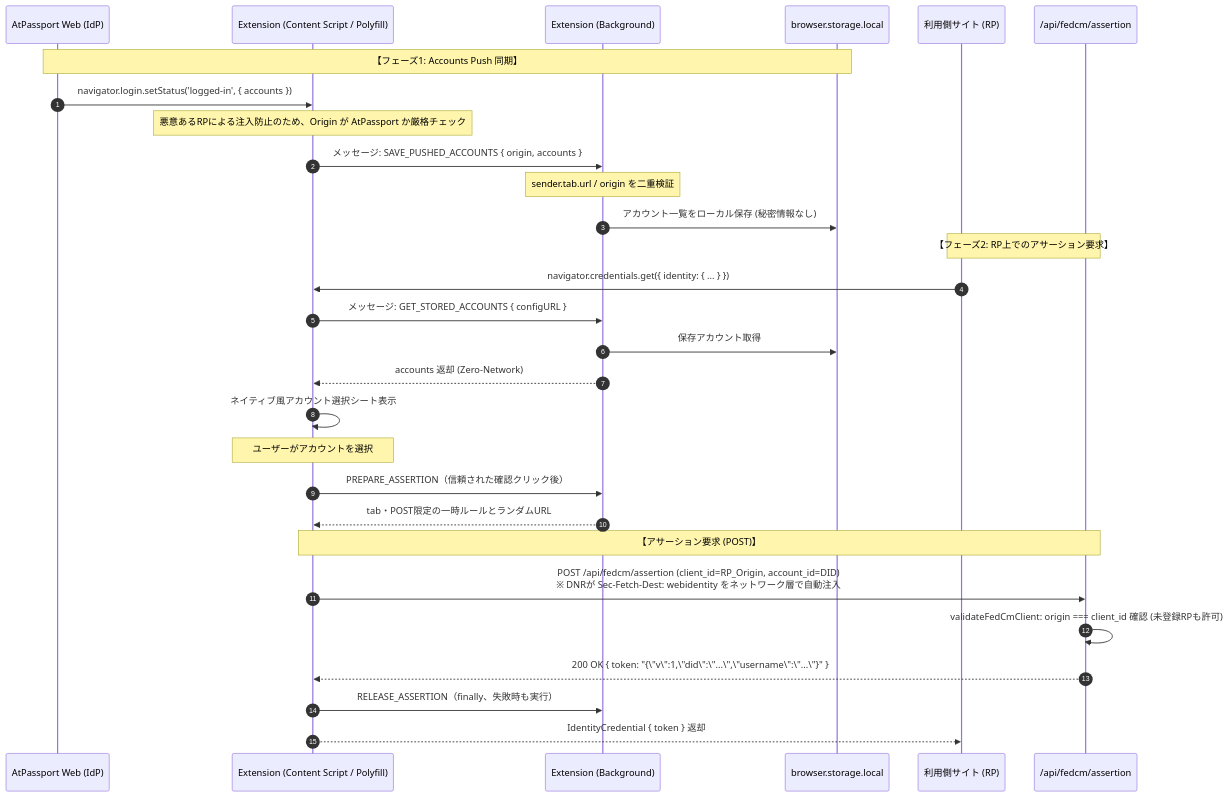
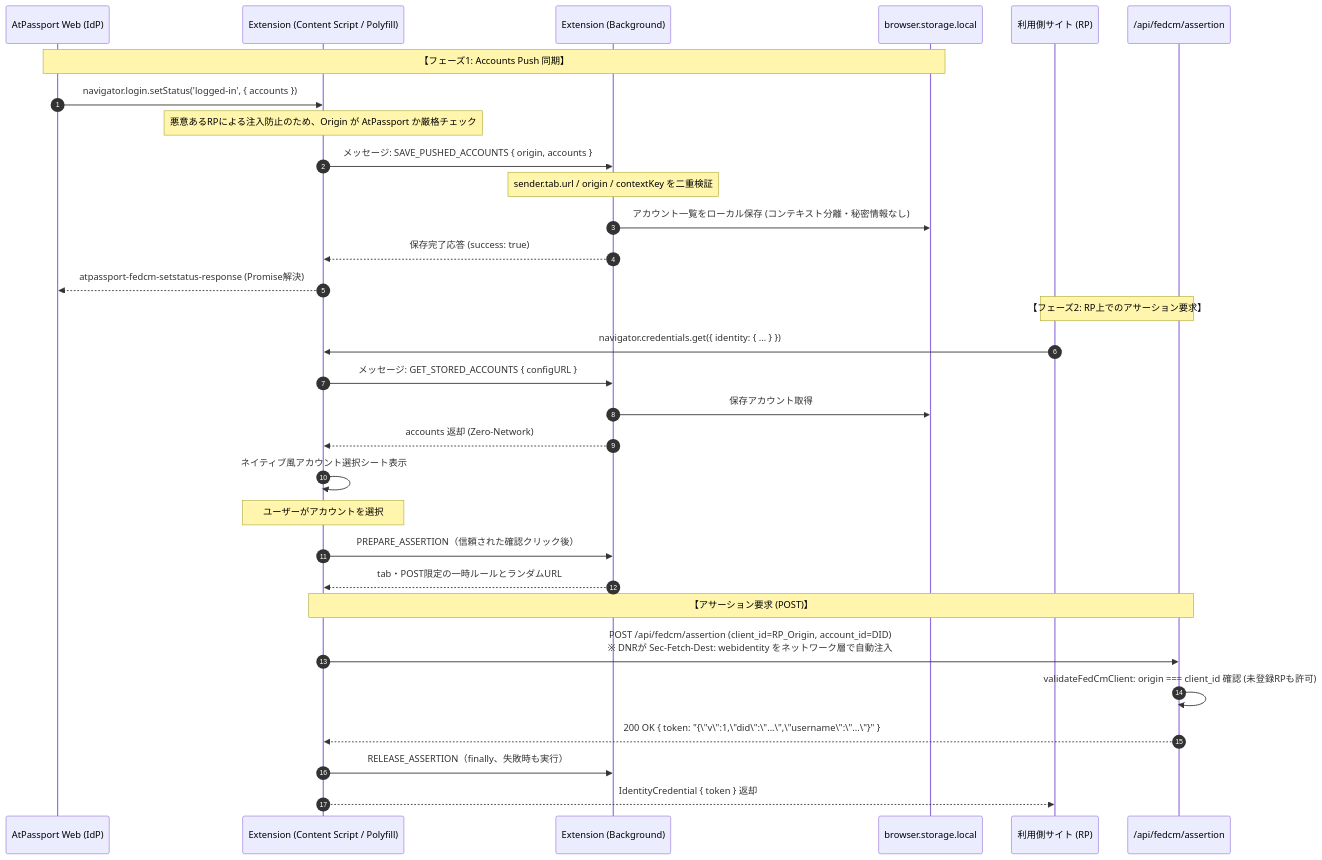
The diagram in feat/idp-registration/DESIGN_step2-extension-storage-assertion.md (usounds/atpassport), drawn with Mermaid before and after one commit. The commit also changed other lines of this file, not shown here.

Commit message:
docs(fedcm): update Step 2 design doc with ACK sequence and completion status

````diff
--- a/feat/idp-registration/DESIGN_step2-extension-storage-assertion.md
+++ b/feat/idp-registration/DESIGN_step2-extension-storage-assertion.md
@@ -18,35 +18,37 @@
 ```mermaid
 sequenceDiagram
     autonumber
     participant Web as AtPassport Web (IdP)
     participant ExtCont as Extension (Content Script / Polyfill)
     participant ExtBG as Extension (Background)
     participant ExtStore as browser.storage.local
     participant RP as 利用側サイト (RP)
     participant Server as /api/fedcm/assertion
 
     Note over Web,ExtStore: 【フェーズ1: Accounts Push 同期】
     Web->>ExtCont: navigator.login.setStatus('logged-in', { accounts })
     Note over ExtCont: 悪意あるRPによる注入防止のため、Origin が AtPassport か厳格チェック
     ExtCont->>ExtBG: メッセージ: SAVE_PUSHED_ACCOUNTS { origin, accounts }
-    Note over ExtBG: sender.tab.url / origin を二重検証
-    ExtBG->>ExtStore: アカウント一覧をローカル保存 (秘密情報なし)
+    Note over ExtBG: sender.tab.url / origin / contextKey を二重検証
+    ExtBG->>ExtStore: アカウント一覧をローカル保存 (コンテキスト分離・秘密情報なし)
+    ExtBG-->>ExtCont: 保存完了応答 (success: true)
+    ExtCont-->>Web: atpassport-fedcm-setstatus-response (Promise解決)
 
     Note over RP,Server: 【フェーズ2: RP上でのアサーション要求】
     RP->>ExtCont: navigator.credentials.get({ identity: { ... } })
     ExtCont->>ExtBG: メッセージ: GET_STORED_ACCOUNTS { configURL }
     ExtBG->>ExtStore: 保存アカウント取得
     ExtBG-->>ExtCont: accounts 返却 (Zero-Network)
     ExtCont->>ExtCont: ネイティブ風アカウント選択シート表示
     Note over ExtCont: ユーザーがアカウントを選択
 
     ExtCont->>ExtBG: PREPARE_ASSERTION（信頼された確認クリック後）
     ExtBG-->>ExtCont: tab・POST限定の一時ルールとランダムURL
 
     Note over ExtCont,Server: 【アサーション要求 (POST)】
     ExtCont->>Server: POST /api/fedcm/assertion (client_id=RP_Origin, account_id=DID)<br/>※ DNRが Sec-Fetch-Dest: webidentity をネットワーク層で自動注入
     Server->>Server: validateFedCmClient: origin === client_id 確認 (未登録RPも許可)
     Server-->>ExtCont: 200 OK { token: "{\"v\":1,\"did\":\"...\",\"username\":\"...\"}" }
     ExtCont->>ExtBG: RELEASE_ASSERTION（finally、失敗時も実行）
     ExtCont-->>RP: IdentityCredential { token } 返却
 ```
````
